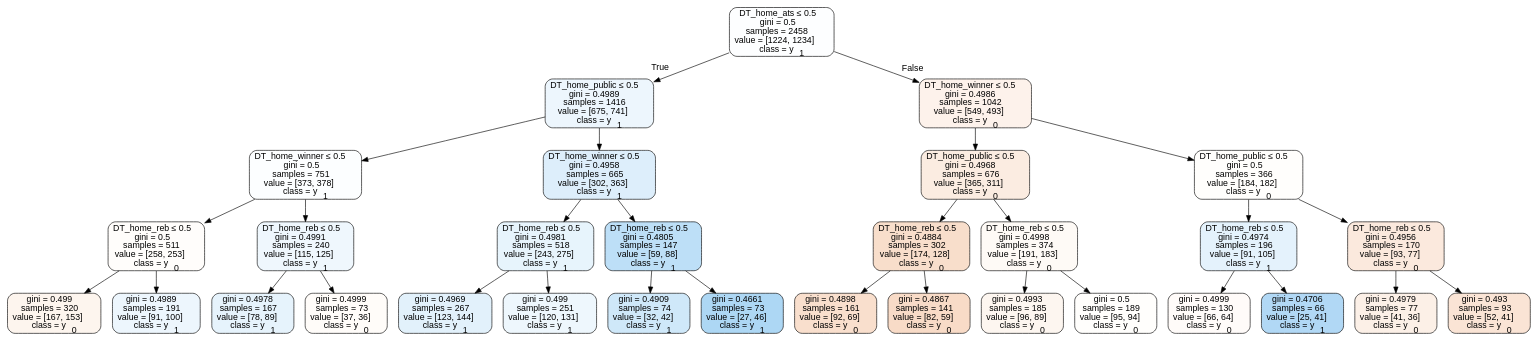
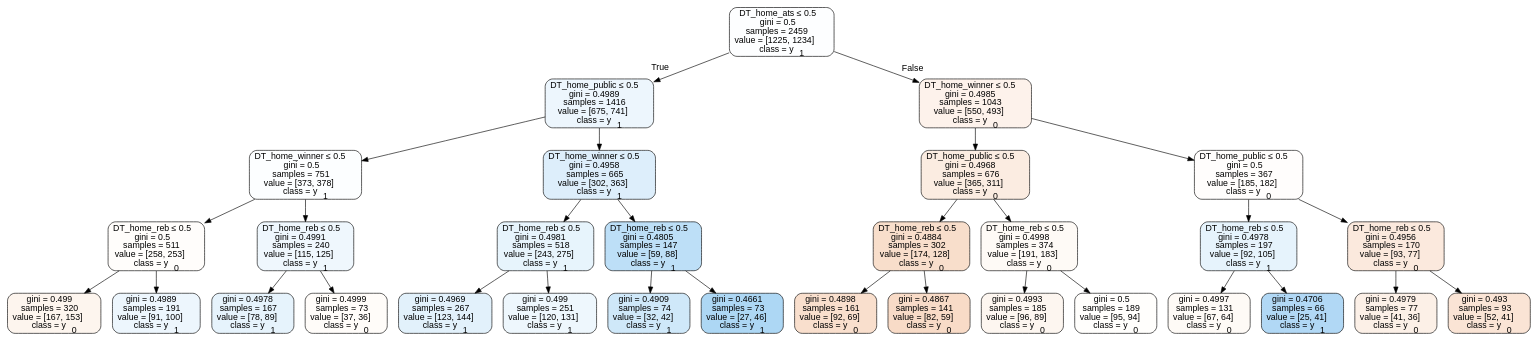
The diagram in Basketball/data/trees/tree2017neutral.dot (usbogie/ncaa-bets), drawn with Graphviz before and after one commit. The commit also changed 33 other files, not shown here.

```diff
--- a/Basketball/data/trees/tree2017neutral.dot
+++ b/Basketball/data/trees/tree2017neutral.dot
@@ -1,65 +1,65 @@
 digraph Tree {
 node [shape=box, style="filled, rounded", color="black", fontname=helvetica] ;
 edge [fontname=helvetica] ;
-0 [label=<DT_home_ats &le; 0.5<br/>gini = 0.5<br/>samples = 2458<br/>value = [1224, 1234]<br/>class = y<SUB>1</SUB>>, fillcolor="#399de502"] ;
+0 [label=<DT_home_ats &le; 0.5<br/>gini = 0.5<br/>samples = 2459<br/>value = [1225, 1234]<br/>class = y<SUB>1</SUB>>, fillcolor="#399de502"] ;
 1 [label=<DT_home_public &le; 0.5<br/>gini = 0.4989<br/>samples = 1416<br/>value = [675, 741]<br/>class = y<SUB>1</SUB>>, fillcolor="#399de517"] ;
 0 -> 1 [labeldistance=2.5, labelangle=45, headlabel="True"] ;
 2 [label=<DT_home_winner &le; 0.5<br/>gini = 0.5<br/>samples = 751<br/>value = [373, 378]<br/>class = y<SUB>1</SUB>>, fillcolor="#399de503"] ;
 1 -> 2 ;
 3 [label=<DT_home_reb &le; 0.5<br/>gini = 0.5<br/>samples = 511<br/>value = [258, 253]<br/>class = y<SUB>0</SUB>>, fillcolor="#e5813905"] ;
 2 -> 3 ;
 4 [label=<gini = 0.499<br/>samples = 320<br/>value = [167, 153]<br/>class = y<SUB>0</SUB>>, fillcolor="#e5813915"] ;
 3 -> 4 ;
 5 [label=<gini = 0.4989<br/>samples = 191<br/>value = [91, 100]<br/>class = y<SUB>1</SUB>>, fillcolor="#399de517"] ;
 3 -> 5 ;
 6 [label=<DT_home_reb &le; 0.5<br/>gini = 0.4991<br/>samples = 240<br/>value = [115, 125]<br/>class = y<SUB>1</SUB>>, fillcolor="#399de514"] ;
 2 -> 6 ;
 7 [label=<gini = 0.4978<br/>samples = 167<br/>value = [78, 89]<br/>class = y<SUB>1</SUB>>, fillcolor="#399de520"] ;
 6 -> 7 ;
 8 [label=<gini = 0.4999<br/>samples = 73<br/>value = [37, 36]<br/>class = y<SUB>0</SUB>>, fillcolor="#e5813907"] ;
 6 -> 8 ;
 9 [label=<DT_home_winner &le; 0.5<br/>gini = 0.4958<br/>samples = 665<br/>value = [302, 363]<br/>class = y<SUB>1</SUB>>, fillcolor="#399de52b"] ;
 1 -> 9 ;
 10 [label=<DT_home_reb &le; 0.5<br/>gini = 0.4981<br/>samples = 518<br/>value = [243, 275]<br/>class = y<SUB>1</SUB>>, fillcolor="#399de51e"] ;
 9 -> 10 ;
 11 [label=<gini = 0.4969<br/>samples = 267<br/>value = [123, 144]<br/>class = y<SUB>1</SUB>>, fillcolor="#399de525"] ;
 10 -> 11 ;
 12 [label=<gini = 0.499<br/>samples = 251<br/>value = [120, 131]<br/>class = y<SUB>1</SUB>>, fillcolor="#399de515"] ;
 10 -> 12 ;
 13 [label=<DT_home_reb &le; 0.5<br/>gini = 0.4805<br/>samples = 147<br/>value = [59, 88]<br/>class = y<SUB>1</SUB>>, fillcolor="#399de554"] ;
 9 -> 13 ;
 14 [label=<gini = 0.4909<br/>samples = 74<br/>value = [32, 42]<br/>class = y<SUB>1</SUB>>, fillcolor="#399de53d"] ;
 13 -> 14 ;
 15 [label=<gini = 0.4661<br/>samples = 73<br/>value = [27, 46]<br/>class = y<SUB>1</SUB>>, fillcolor="#399de569"] ;
 13 -> 15 ;
-16 [label=<DT_home_winner &le; 0.5<br/>gini = 0.4986<br/>samples = 1042<br/>value = [549, 493]<br/>class = y<SUB>0</SUB>>, fillcolor="#e581391a"] ;
+16 [label=<DT_home_winner &le; 0.5<br/>gini = 0.4985<br/>samples = 1043<br/>value = [550, 493]<br/>class = y<SUB>0</SUB>>, fillcolor="#e581391a"] ;
 0 -> 16 [labeldistance=2.5, labelangle=-45, headlabel="False"] ;
 17 [label=<DT_home_public &le; 0.5<br/>gini = 0.4968<br/>samples = 676<br/>value = [365, 311]<br/>class = y<SUB>0</SUB>>, fillcolor="#e5813926"] ;
 16 -> 17 ;
 18 [label=<DT_home_reb &le; 0.5<br/>gini = 0.4884<br/>samples = 302<br/>value = [174, 128]<br/>class = y<SUB>0</SUB>>, fillcolor="#e5813943"] ;
 17 -> 18 ;
 19 [label=<gini = 0.4898<br/>samples = 161<br/>value = [92, 69]<br/>class = y<SUB>0</SUB>>, fillcolor="#e5813940"] ;
 18 -> 19 ;
 20 [label=<gini = 0.4867<br/>samples = 141<br/>value = [82, 59]<br/>class = y<SUB>0</SUB>>, fillcolor="#e5813948"] ;
 18 -> 20 ;
 21 [label=<DT_home_reb &le; 0.5<br/>gini = 0.4998<br/>samples = 374<br/>value = [191, 183]<br/>class = y<SUB>0</SUB>>, fillcolor="#e581390b"] ;
 17 -> 21 ;
 22 [label=<gini = 0.4993<br/>samples = 185<br/>value = [96, 89]<br/>class = y<SUB>0</SUB>>, fillcolor="#e5813913"] ;
 21 -> 22 ;
 23 [label=<gini = 0.5<br/>samples = 189<br/>value = [95, 94]<br/>class = y<SUB>0</SUB>>, fillcolor="#e5813903"] ;
 21 -> 23 ;
-24 [label=<DT_home_public &le; 0.5<br/>gini = 0.5<br/>samples = 366<br/>value = [184, 182]<br/>class = y<SUB>0</SUB>>, fillcolor="#e5813903"] ;
+24 [label=<DT_home_public &le; 0.5<br/>gini = 0.5<br/>samples = 367<br/>value = [185, 182]<br/>class = y<SUB>0</SUB>>, fillcolor="#e5813904"] ;
 16 -> 24 ;
-25 [label=<DT_home_reb &le; 0.5<br/>gini = 0.4974<br/>samples = 196<br/>value = [91, 105]<br/>class = y<SUB>1</SUB>>, fillcolor="#399de522"] ;
+25 [label=<DT_home_reb &le; 0.5<br/>gini = 0.4978<br/>samples = 197<br/>value = [92, 105]<br/>class = y<SUB>1</SUB>>, fillcolor="#399de520"] ;
 24 -> 25 ;
-26 [label=<gini = 0.4999<br/>samples = 130<br/>value = [66, 64]<br/>class = y<SUB>0</SUB>>, fillcolor="#e5813908"] ;
+26 [label=<gini = 0.4997<br/>samples = 131<br/>value = [67, 64]<br/>class = y<SUB>0</SUB>>, fillcolor="#e581390b"] ;
 25 -> 26 ;
 27 [label=<gini = 0.4706<br/>samples = 66<br/>value = [25, 41]<br/>class = y<SUB>1</SUB>>, fillcolor="#399de564"] ;
 25 -> 27 ;
 28 [label=<DT_home_reb &le; 0.5<br/>gini = 0.4956<br/>samples = 170<br/>value = [93, 77]<br/>class = y<SUB>0</SUB>>, fillcolor="#e581392c"] ;
 24 -> 28 ;
 29 [label=<gini = 0.4979<br/>samples = 77<br/>value = [41, 36]<br/>class = y<SUB>0</SUB>>, fillcolor="#e581391f"] ;
 28 -> 29 ;
 30 [label=<gini = 0.493<br/>samples = 93<br/>value = [52, 41]<br/>class = y<SUB>0</SUB>>, fillcolor="#e5813936"] ;
 28 -> 30 ;
 }
```
